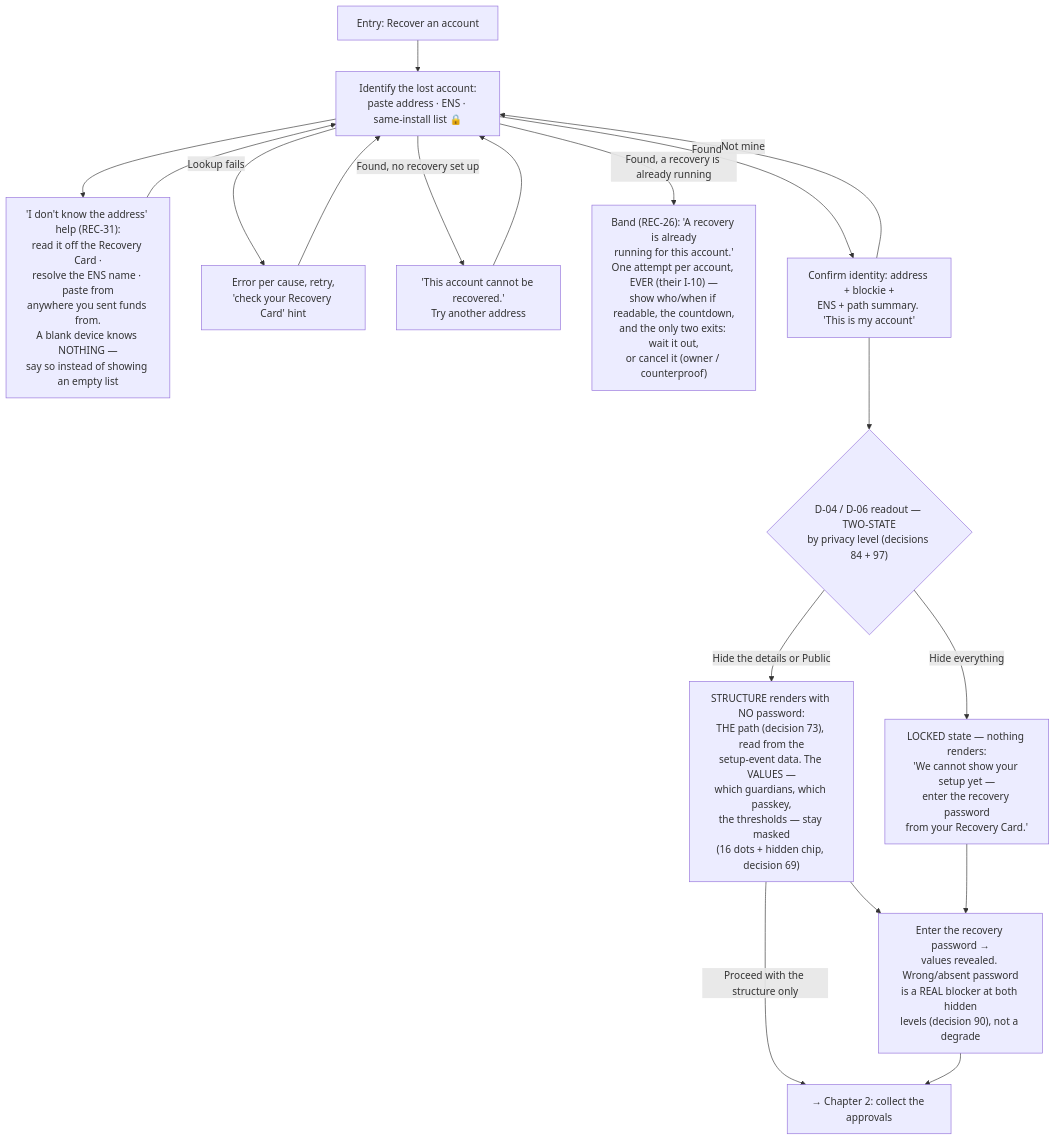
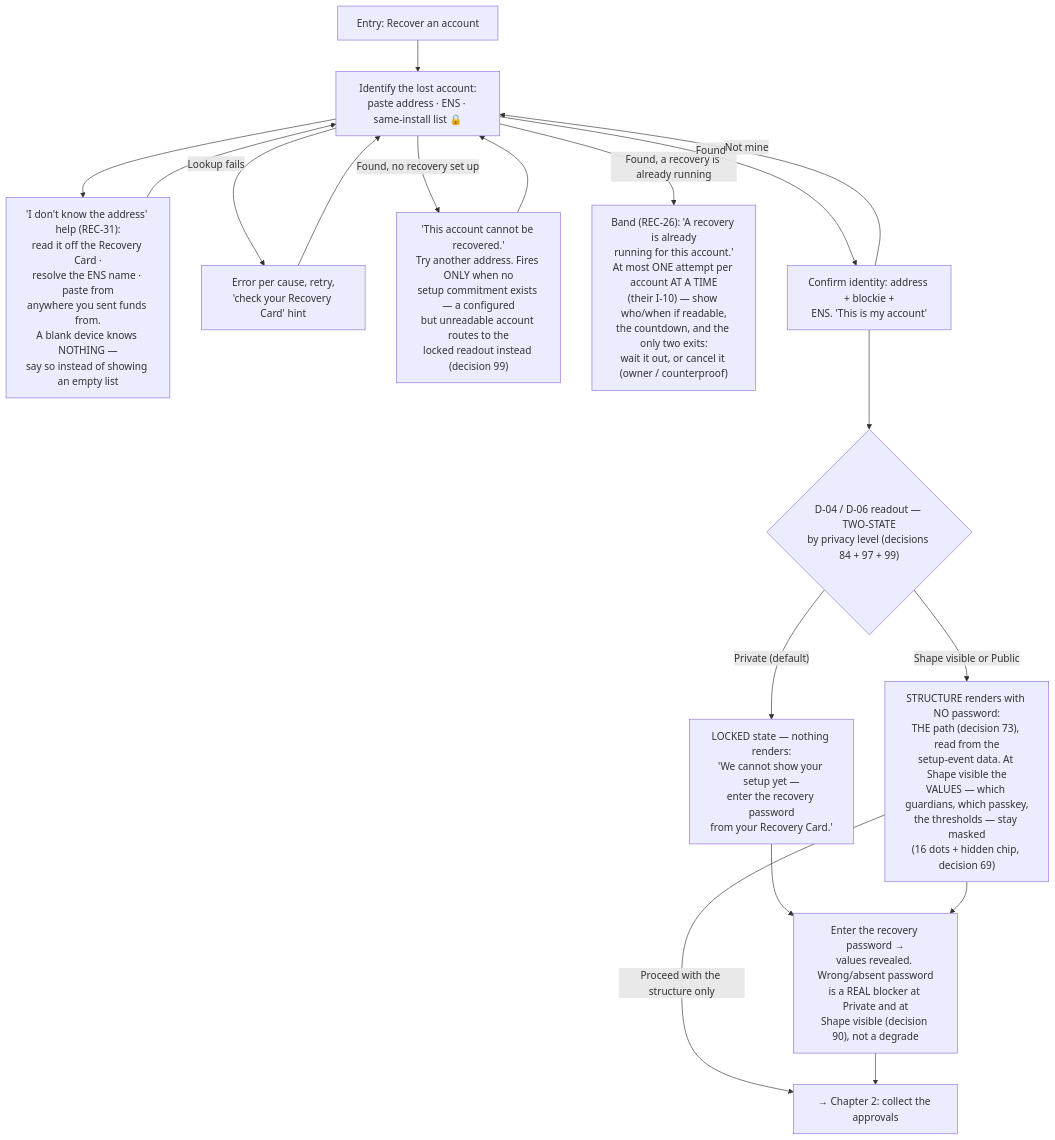
The fifth of 12 diagrams in social-recovery-ux-flows.md (FiboAtWonder/kohaku-extension), drawn with Mermaid before and after one commit. The commit also changed other lines of this file and 4 other files, not shown here.

Commit message:
docs: fifth review round (titi, 32 threads) — decisions 99-102: Private default rename, 24h wallet floor, REC-29 removed, 1-1 stays; SDK v10, extension v6, kit-asks v3 (REC-42/43); histories moved to status

````diff
--- a/social-recovery-ux-flows.md
+++ b/social-recovery-ux-flows.md
@@ -224,20 +224,20 @@
 ```mermaid
 flowchart TD
     A[Entry: Recover an account] --> C["Identify the lost account:<br/>paste address · ENS · same-install list 🔒"]
     C --> FD["'I don't know the address' help (REC-31):<br/>read it off the Recovery Card ·<br/>resolve the ENS name · paste from<br/>anywhere you sent funds from.<br/>A blank device knows NOTHING —<br/>say so instead of showing an empty list"]
     FD --> C
     C -->|Lookup fails| C1["Error per cause, retry,<br/>'check your Recovery Card' hint"]
     C1 --> C
-    C -->|Found, no recovery set up| X["'This account cannot be recovered.'<br/>Try another address"]
+    C -->|Found, no recovery set up| X["'This account cannot be recovered.'<br/>Try another address. Fires ONLY when no<br/>setup commitment exists — a configured<br/>but unreadable account routes to the<br/>locked readout instead (decision 99)"]
     X --> C
-    C -->|Found, a recovery is already running| AR["Band (REC-26): 'A recovery is already<br/>running for this account.'<br/>One attempt per account, EVER (their I-10) —<br/>show who/when if readable, the countdown,<br/>and the only two exits: wait it out,<br/>or cancel it (owner / counterproof)"]
-    C -->|Found| CC["Confirm identity: address + blockie +<br/>ENS + path summary. 'This is my account'"]
+    C -->|Found, a recovery is already running| AR["Band (REC-26): 'A recovery is already<br/>running for this account.'<br/>At most ONE attempt per account AT A TIME<br/>(their I-10) — show who/when if readable,<br/>the countdown, and the only two exits:<br/>wait it out, or cancel it (owner / counterproof)"]
+    C -->|Found| CC["Confirm identity: address + blockie +<br/>ENS. 'This is my account'"]
     CC -->|Not mine| C
-    CC --> V{"D-04 / D-06 readout — TWO-STATE<br/>by privacy level (decisions 84 + 97)"}
-    V -->|Hide the details or Public| VD["STRUCTURE renders with NO password:<br/>THE path (decision 73), read from the<br/>setup-event data. The VALUES —<br/>which guardians, which passkey,<br/>the thresholds — stay masked<br/>(16 dots + hidden chip, decision 69)"]
-    V -->|Hide everything| VE["LOCKED state — nothing renders:<br/>'We cannot show your setup yet —<br/>enter the recovery password<br/>from your Recovery Card.'"]
-    VD --> VP["Enter the recovery password →<br/>values revealed. Wrong/absent password<br/>is a REAL blocker at both hidden<br/>levels (decision 90), not a degrade"]
-    VE --> VP
+    CC --> V{"D-04 / D-06 readout — TWO-STATE<br/>by privacy level (decisions 84 + 97 + 99)"}
+    V -->|"Private (default)"| VE["LOCKED state — nothing renders:<br/>'We cannot show your setup yet —<br/>enter the recovery password<br/>from your Recovery Card.'"]
+    V -->|Shape visible or Public| VD["STRUCTURE renders with NO password:<br/>THE path (decision 73), read from the<br/>setup-event data. At Shape visible the<br/>VALUES — which guardians, which passkey,<br/>the thresholds — stay masked<br/>(16 dots + hidden chip, decision 69)"]
+    VE --> VP["Enter the recovery password →<br/>values revealed. Wrong/absent password<br/>is a REAL blocker at Private and at<br/>Shape visible (decision 90), not a degrade"]
+    VD --> VP
     VD -->|Proceed with the structure only| NEXT["→ Chapter 2: collect the approvals"]
     VP --> NEXT
 ```
````
